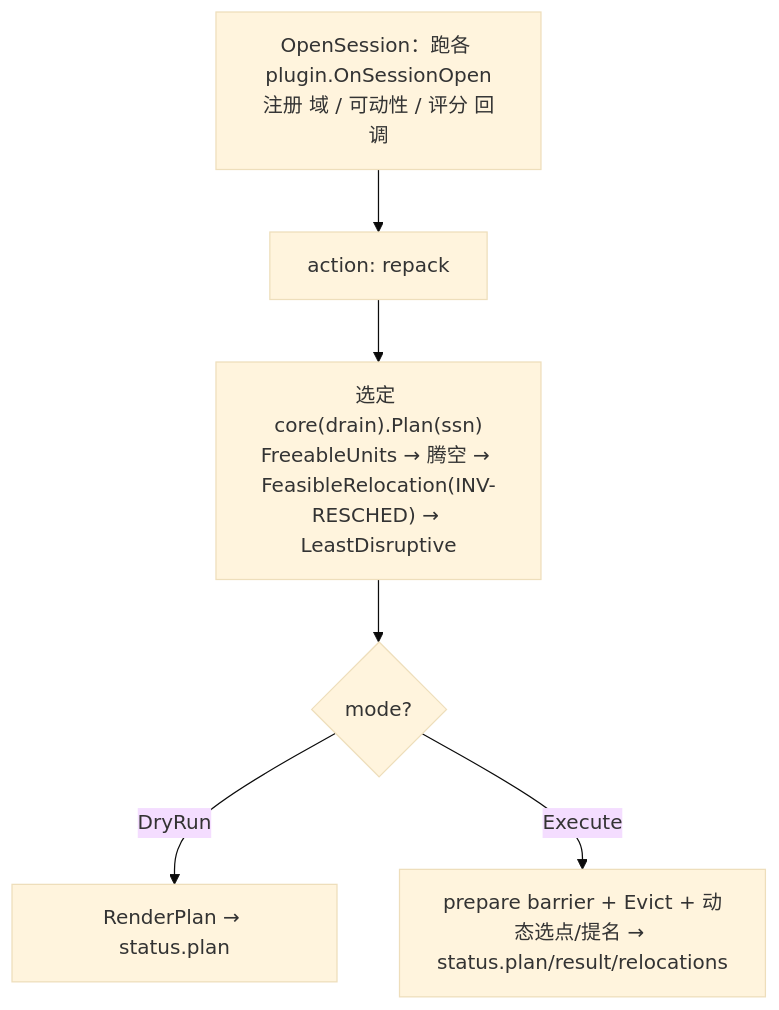
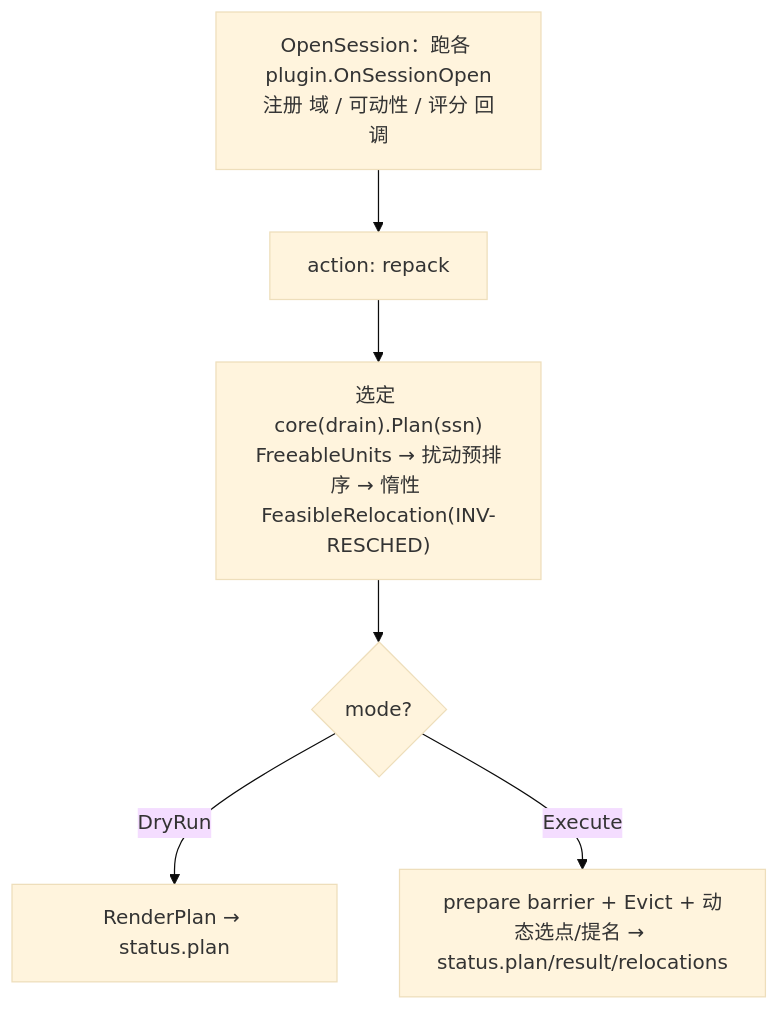
Before and after one commit to wangyang0616/volcano: the third of 3 diagrams in docs/design/repack-runtime-defragmentation.md, drawn with Mermaid (base theme). The commit also changed other lines of this file and 13 other files, not shown here.

````diff
--- a/docs/design/repack-runtime-defragmentation.md
+++ b/docs/design/repack-runtime-defragmentation.md
@@ -1272,8 +1272,8 @@
 ```mermaid
 flowchart TD
     P["OpenSession：跑各 plugin.OnSessionOpen<br/>注册 域 / 可动性 / 评分 回调"] --> A["action: repack"]
-    A --> B["选定 core(drain).Plan(ssn)<br/>FreeableUnits → 腾空 → FeasibleRelocation(INV-RESCHED) → LeastDisruptive"]
+    A --> B["选定 core(drain).Plan(ssn)<br/>FreeableUnits → 扰动预排序 → 惰性 FeasibleRelocation(INV-RESCHED)"]
     B --> C{"mode?"}
     C -->|DryRun| E["RenderPlan → status.plan"]
     C -->|Execute| F["prepare barrier + Evict + 动态选点/提名 → status.plan/result/relocations"]
 ```
````
